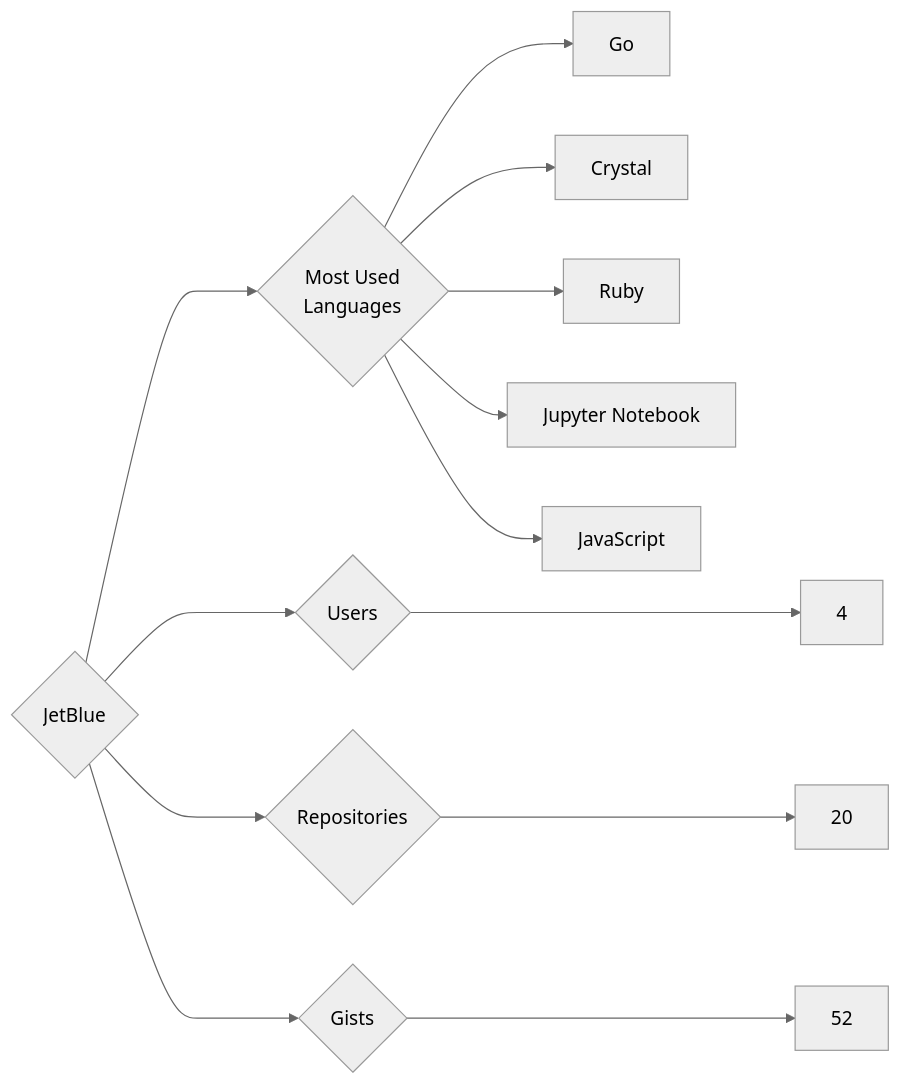
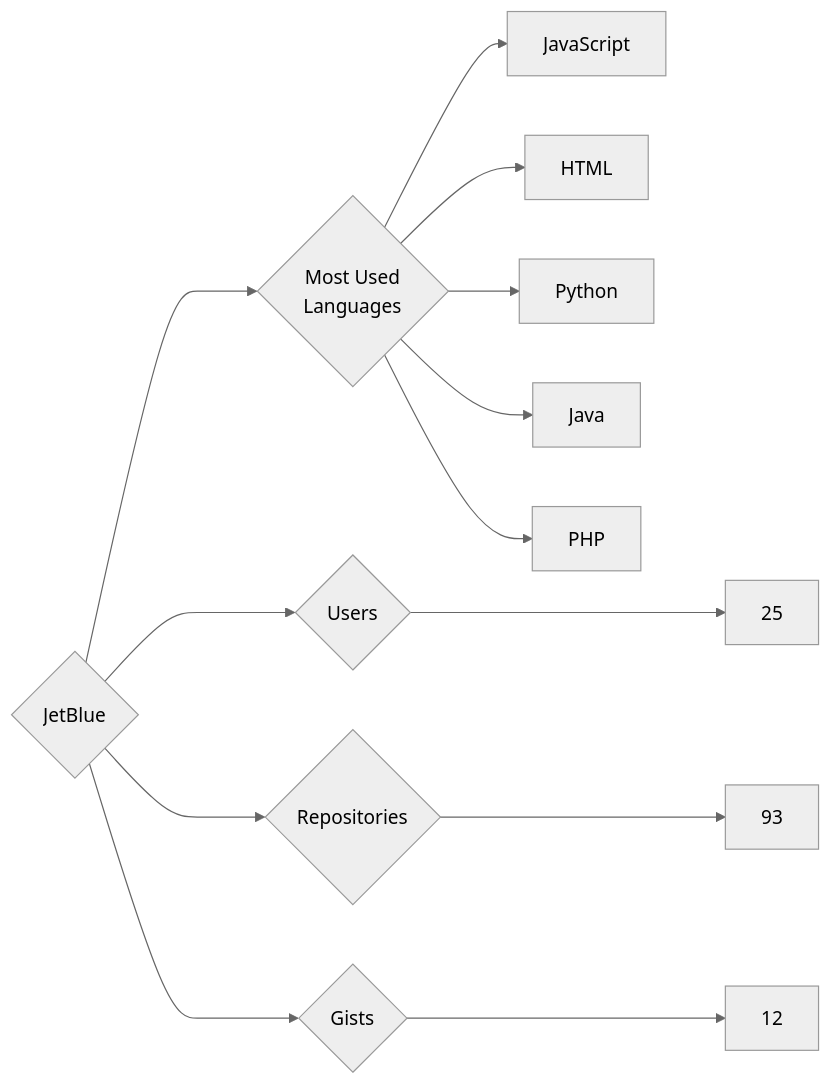
Before and after one commit to trickest/insiders: the diagram in targets/JetBlue/README.md, drawn with Mermaid (neutral theme). The commit also changed 891 other files, not shown here.

````diff
--- a/targets/JetBlue/README.md
+++ b/targets/JetBlue/README.md
@@ -3,13 +3,13 @@
 ```mermaid
 graph LR
 COMPANY_NAME{JetBlue}
-COMPANY_NAME ---> U{Users} ---> UN[4]
-COMPANY_NAME ---> R{Repositories} ---> RN[20]
-COMPANY_NAME ---> G{Gists} ---> GN[52]
+COMPANY_NAME ---> U{Users} ---> UN[25]
+COMPANY_NAME ---> R{Repositories} ---> RN[93]
+COMPANY_NAME ---> G{Gists} ---> GN[12]
 COMPANY_NAME ---> ML{Most Used<br>Languages}
-ML --> Go[Go]
-ML --> Crystal[Crystal]
-ML --> Ruby[Ruby]
-ML --> Jupyter_Notebook[Jupyter Notebook]
 ML --> JavaScript[JavaScript]
+ML --> HTML[HTML]
+ML --> Python[Python]
+ML --> Java[Java]
+ML --> PHP[PHP]
 ```
````
